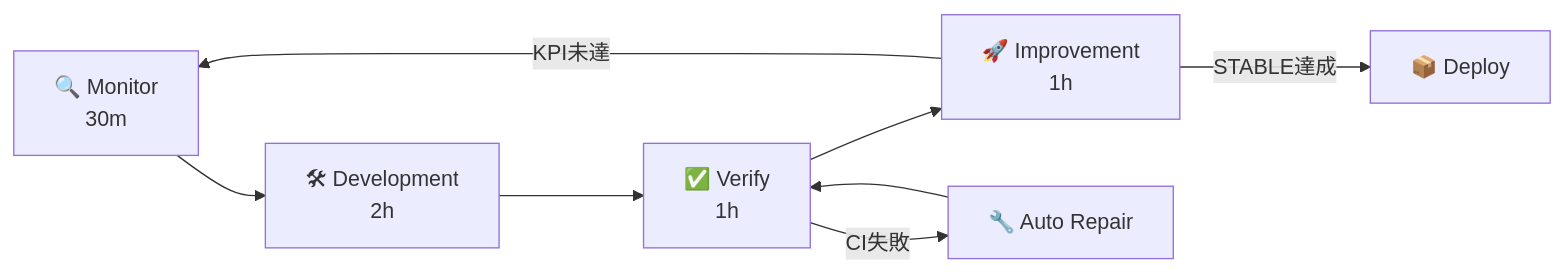
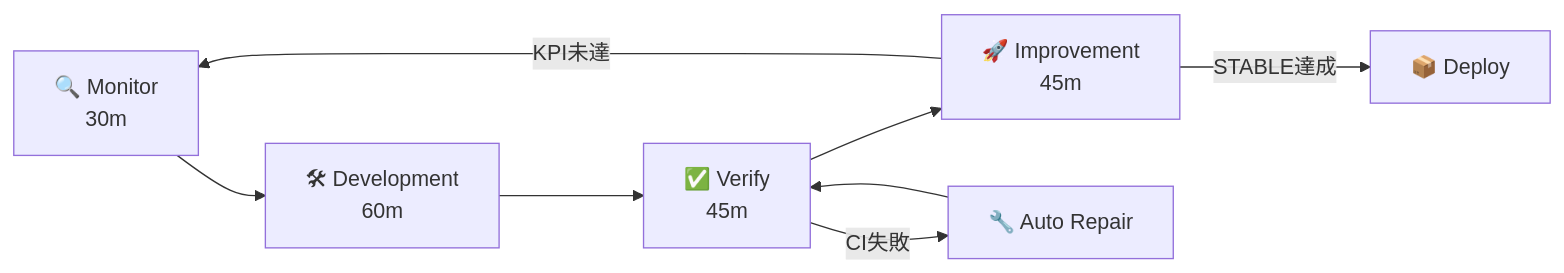
The fifth of 5 diagrams in README.md (Kensan196948G/ClaudeCLI-CodexCLI-CopilotCLI-StartUpTools-New), drawn with Mermaid before and after one commit. The commit also changed other lines of this file and 1 other file, not shown here.

````diff
--- a/README.md
+++ b/README.md
@@ -323,10 +328,10 @@
 ```mermaid
 flowchart LR
-    M["🔍 Monitor<br/>30m"] --> B["🛠 Development<br/>2h"]
-    B --> V["✅ Verify<br/>1h"]
-    V --> I["🚀 Improvement<br/>1h"]
+    M["🔍 Monitor<br/>30m"] --> B["🛠 Development<br/>60m"]
+    B --> V["✅ Verify<br/>45m"]
+    V --> I["🚀 Improvement<br/>45m"]
     I -->|KPI未達| M
     I -->|STABLE達成| S["📦 Deploy"]
     V -->|CI失敗| R["🔧 Auto Repair"]
     R --> V
 ```
````
